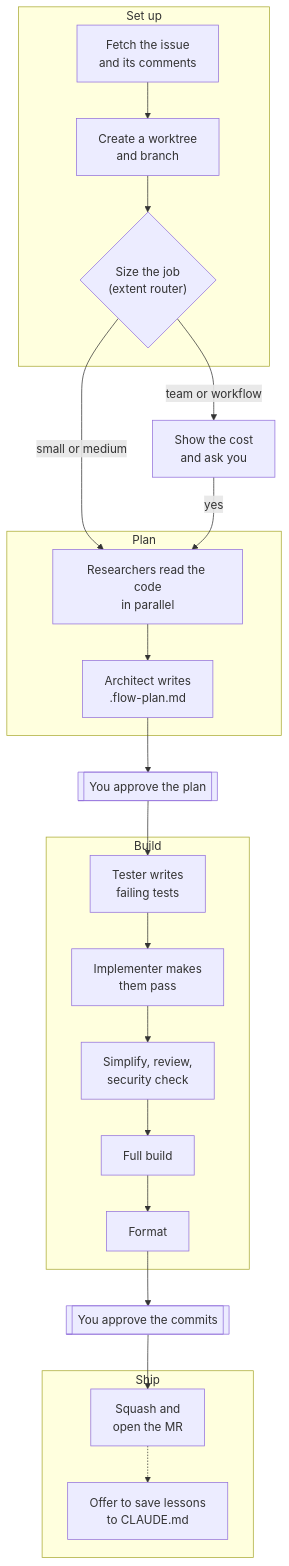
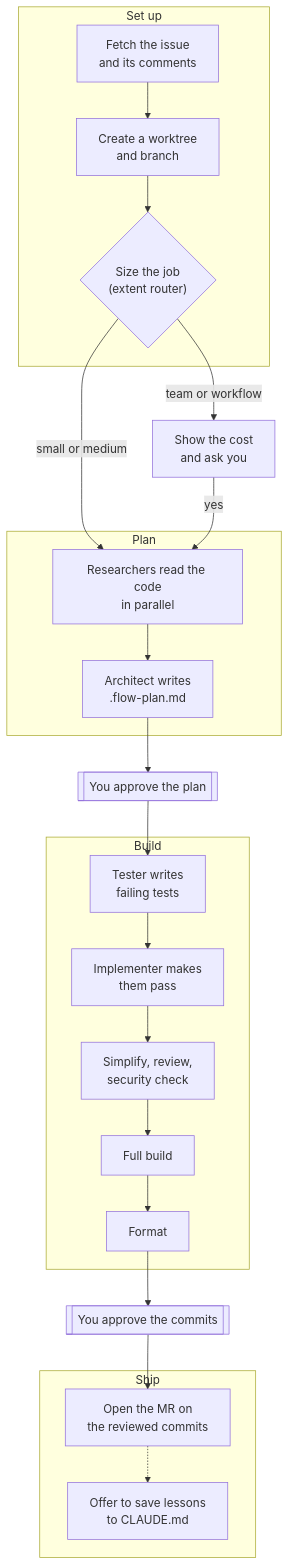
One commit to MarkusVGJensen/flow changed the fourth of 5 diagrams in README.md. Above: the diagram before and after it, drawn with Mermaid. The commit also changed other lines of this file and 4 other files, not shown here.

Commit message:
flow 0.6.2: keep the reviewed commit series in the MR instead of squashing it

````diff
--- a/README.md
+++ b/README.md
@@ -497,21 +497,21 @@
 ```mermaid
 flowchart TD
   subgraph setup["Set up"]
     S1["Fetch the issue<br/>and its comments"] --> S2["Create a worktree<br/>and branch"] --> S3{"Size the job<br/>(extent router)"}
   end
   S3 -- "small or medium" --> P1
   S3 -- "team or workflow" --> ASK["Show the cost<br/>and ask you"] -- "yes" --> P1
   subgraph plan["Plan"]
     P1["Researchers read the code<br/>in parallel"] --> P2["Architect writes<br/>.flow-plan.md"]
   end
   P2 --> G1[["You approve the plan"]]
   subgraph build["Build"]
     B1["Tester writes<br/>failing tests"] --> B2["Implementer makes<br/>them pass"] --> B3["Simplify, review,<br/>security check"] --> B4["Full build"] --> B5["Format"]
   end
   G1 --> B1
   B5 --> G2[["You approve the commits"]]
   subgraph ship["Ship"]
-    M1["Squash and<br/>open the MR"] -.-> M2["Offer to save lessons<br/>to CLAUDE.md"]
+    M1["Open the MR on<br/>the reviewed commits"] -.-> M2["Offer to save lessons<br/>to CLAUDE.md"]
   end
   G2 --> M1
 ```
````
